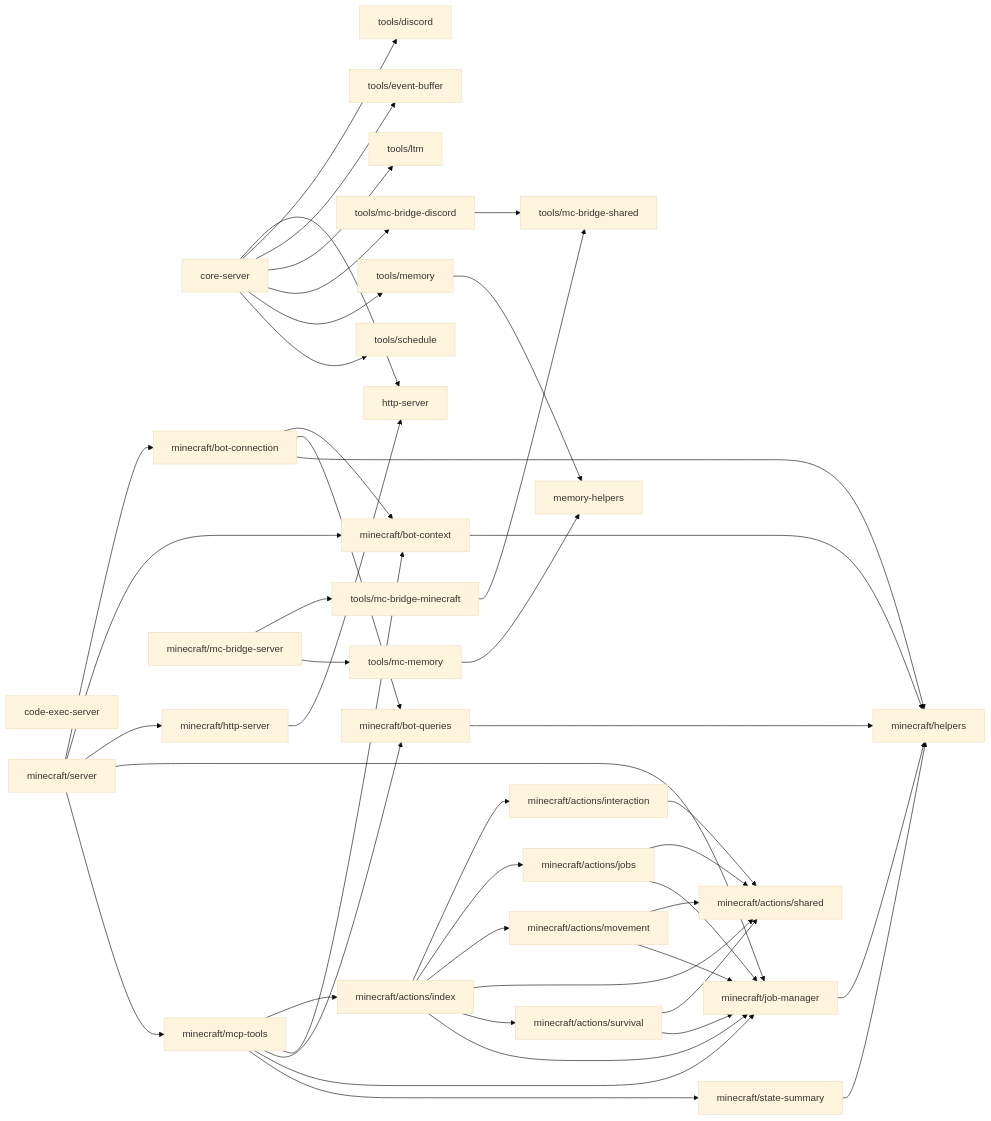
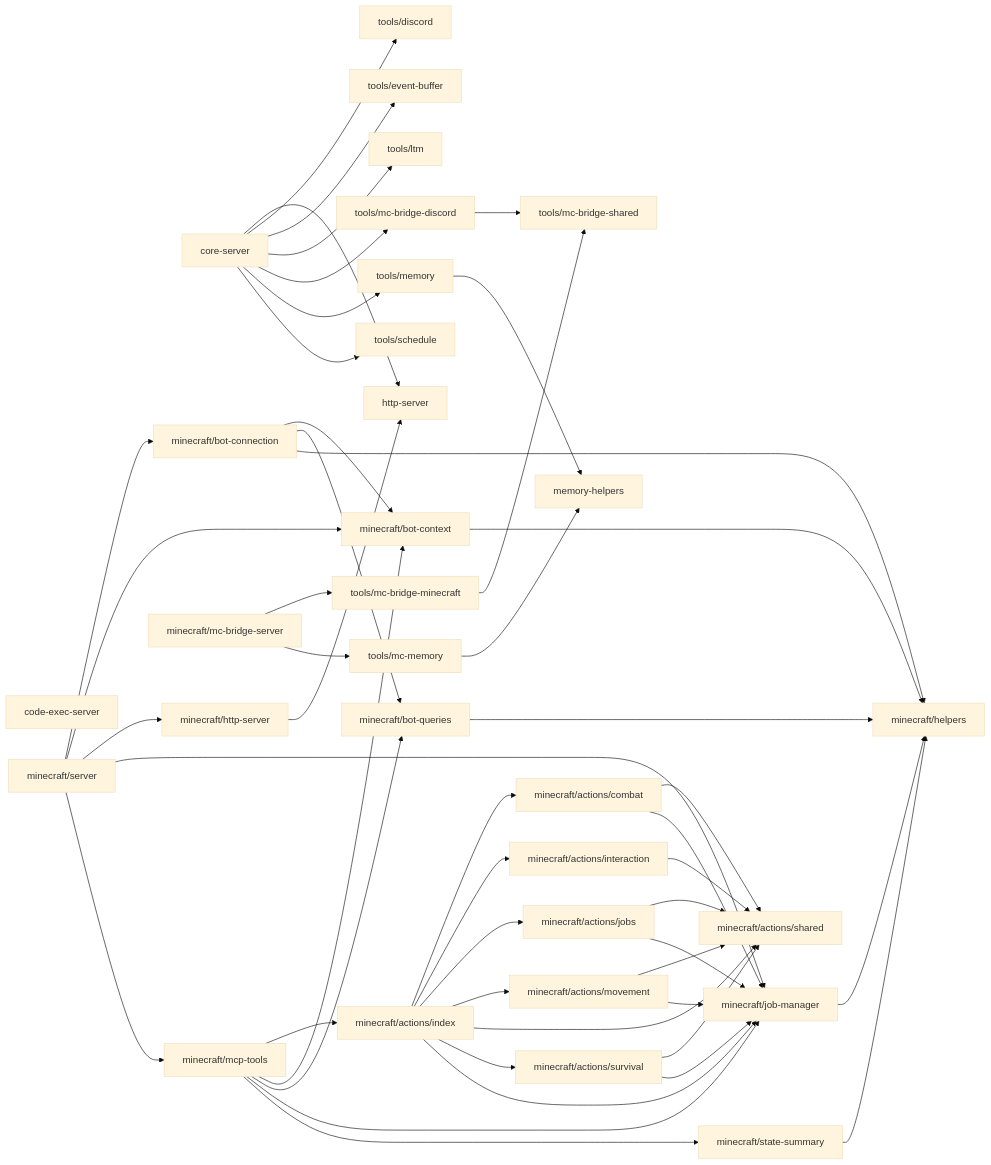
Before and after one commit to OJII3/vicissitude: the diagram in src/mcp/DEPS.md, drawn with Mermaid (base theme). The commit also changed other lines of this file and 8 other files, not shown here.

````diff
--- a/src/mcp/DEPS.md
+++ b/src/mcp/DEPS.md
@@ -7,57 +7,60 @@
 ```mermaid
 graph LR
   code_exec_server["code-exec-server"]
   core_server["core-server"] --> http_server["http-server"]
   core_server["core-server"] --> tools_discord["tools/discord"]
   core_server["core-server"] --> tools_event_buffer["tools/event-buffer"]
   core_server["core-server"] --> tools_ltm["tools/ltm"]
   core_server["core-server"] --> tools_mc_bridge_discord["tools/mc-bridge-discord"]
   core_server["core-server"] --> tools_memory["tools/memory"]
   core_server["core-server"] --> tools_schedule["tools/schedule"]
   http_server["http-server"]
   memory_helpers["memory-helpers"]
+  minecraft_actions_combat["minecraft/actions/combat"] --> minecraft_actions_shared["minecraft/actions/shared"]
+  minecraft_actions_combat["minecraft/actions/combat"] --> minecraft_job_manager["minecraft/job-manager"]
+  minecraft_actions_index["minecraft/actions/index"] --> minecraft_actions_combat["minecraft/actions/combat"]
   minecraft_actions_index["minecraft/actions/index"] --> minecraft_actions_interaction["minecraft/actions/interaction"]
   minecraft_actions_index["minecraft/actions/index"] --> minecraft_actions_jobs["minecraft/actions/jobs"]
   minecraft_actions_index["minecraft/actions/index"] --> minecraft_actions_movement["minecraft/actions/movement"]
   minecraft_actions_index["minecraft/actions/index"] --> minecraft_actions_shared["minecraft/actions/shared"]
   minecraft_actions_index["minecraft/actions/index"] --> minecraft_actions_survival["minecraft/actions/survival"]
   minecraft_actions_index["minecraft/actions/index"] --> minecraft_job_manager["minecraft/job-manager"]
   minecraft_actions_interaction["minecraft/actions/interaction"] --> minecraft_actions_shared["minecraft/actions/shared"]
   minecraft_actions_jobs["minecraft/actions/jobs"] --> minecraft_actions_shared["minecraft/actions/shared"]
   minecraft_actions_jobs["minecraft/actions/jobs"] --> minecraft_job_manager["minecraft/job-manager"]
   minecraft_actions_movement["minecraft/actions/movement"] --> minecraft_actions_shared["minecraft/actions/shared"]
   minecraft_actions_movement["minecraft/actions/movement"] --> minecraft_job_manager["minecraft/job-manager"]
   minecraft_actions_shared["minecraft/actions/shared"]
   minecraft_actions_survival["minecraft/actions/survival"] --> minecraft_actions_shared["minecraft/actions/shared"]
   minecraft_actions_survival["minecraft/actions/survival"] --> minecraft_job_manager["minecraft/job-manager"]
   minecraft_bot_connection["minecraft/bot-connection"] --> minecraft_bot_context["minecraft/bot-context"]
   minecraft_bot_connection["minecraft/bot-connection"] --> minecraft_bot_queries["minecraft/bot-queries"]
   minecraft_bot_connection["minecraft/bot-connection"] --> minecraft_helpers["minecraft/helpers"]
   minecraft_bot_context["minecraft/bot-context"] --> minecraft_helpers["minecraft/helpers"]
   minecraft_bot_queries["minecraft/bot-queries"] --> minecraft_helpers["minecraft/helpers"]
   minecraft_helpers["minecraft/helpers"]
   minecraft_http_server["minecraft/http-server"] --> http_server["http-server"]
   minecraft_job_manager["minecraft/job-manager"] --> minecraft_helpers["minecraft/helpers"]
   minecraft_mc_bridge_server["minecraft/mc-bridge-server"] --> tools_mc_bridge_minecraft["tools/mc-bridge-minecraft"]
   minecraft_mc_bridge_server["minecraft/mc-bridge-server"] --> tools_mc_memory["tools/mc-memory"]
   minecraft_mcp_tools["minecraft/mcp-tools"] --> minecraft_actions_index["minecraft/actions/index"]
   minecraft_mcp_tools["minecraft/mcp-tools"] --> minecraft_bot_context["minecraft/bot-context"]
   minecraft_mcp_tools["minecraft/mcp-tools"] --> minecraft_bot_queries["minecraft/bot-queries"]
   minecraft_mcp_tools["minecraft/mcp-tools"] --> minecraft_job_manager["minecraft/job-manager"]
   minecraft_mcp_tools["minecraft/mcp-tools"] --> minecraft_state_summary["minecraft/state-summary"]
   minecraft_server["minecraft/server"] --> minecraft_bot_connection["minecraft/bot-connection"]
   minecraft_server["minecraft/server"] --> minecraft_bot_context["minecraft/bot-context"]
   minecraft_server["minecraft/server"] --> minecraft_http_server["minecraft/http-server"]
   minecraft_server["minecraft/server"] --> minecraft_job_manager["minecraft/job-manager"]
   minecraft_server["minecraft/server"] --> minecraft_mcp_tools["minecraft/mcp-tools"]
   minecraft_state_summary["minecraft/state-summary"] --> minecraft_helpers["minecraft/helpers"]
   tools_discord["tools/discord"]
   tools_event_buffer["tools/event-buffer"]
   tools_ltm["tools/ltm"]
   tools_mc_bridge_discord["tools/mc-bridge-discord"] --> tools_mc_bridge_shared["tools/mc-bridge-shared"]
   tools_mc_bridge_minecraft["tools/mc-bridge-minecraft"] --> tools_mc_bridge_shared["tools/mc-bridge-shared"]
   tools_mc_bridge_shared["tools/mc-bridge-shared"]
   tools_mc_memory["tools/mc-memory"] --> memory_helpers["memory-helpers"]
   tools_memory["tools/memory"] --> memory_helpers["memory-helpers"]
   tools_schedule["tools/schedule"]
 ```
````
